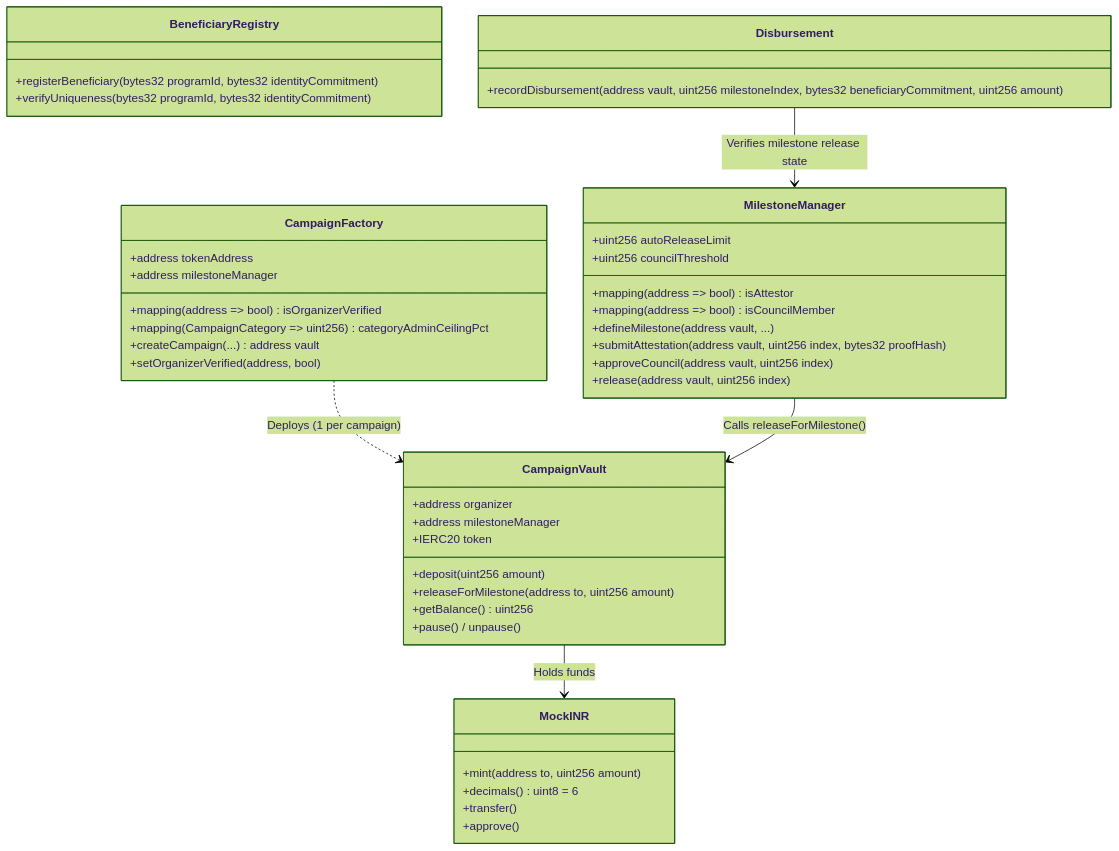
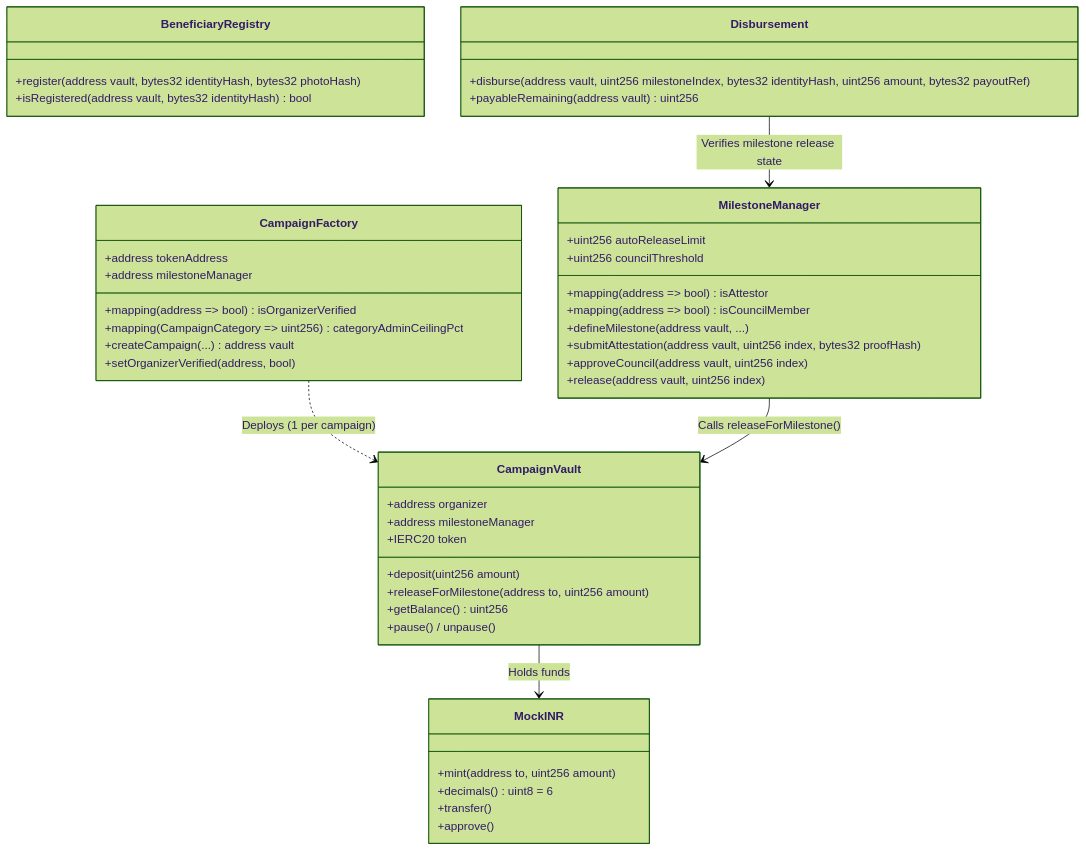
Before and after one commit to Macbeth1501/VERA-Verified-Excrow-Releif-Architecture: the second of 5 diagrams in docs/Technical_Details.md, drawn with Mermaid (forest theme). The commit also changed other lines of this file and 22 other files, not shown here.

First line of the commit message:
docs: deploy Disbursement to Amoy, verify escrow lifecycle live, record decisions

````diff
--- a/docs/Technical_Details.md
+++ b/docs/Technical_Details.md
@@ -82,53 +82,54 @@
 ```mermaid
 classDiagram
     class MockINR {
         +mint(address to, uint256 amount)
         +decimals() uint8 = 6
         +transfer()
         +approve()
     }
 
     class CampaignFactory {
         +address tokenAddress
         +address milestoneManager
         +mapping(address => bool) isOrganizerVerified
         +mapping(CampaignCategory => uint256) categoryAdminCeilingPct
         +createCampaign(...) address vault
         +setOrganizerVerified(address, bool)
     }
 
     class CampaignVault {
         +address organizer
         +address milestoneManager
         +IERC20 token
         +deposit(uint256 amount)
         +releaseForMilestone(address to, uint256 amount)
         +getBalance() uint256
         +pause() / unpause()
     }
 
     class MilestoneManager {
         +uint256 autoReleaseLimit
         +uint256 councilThreshold
         +mapping(address => bool) isAttestor
         +mapping(address => bool) isCouncilMember
         +defineMilestone(address vault, ...)
         +submitAttestation(address vault, uint256 index, bytes32 proofHash)
         +approveCouncil(address vault, uint256 index)
         +release(address vault, uint256 index)
     }
 
     class BeneficiaryRegistry {
-        +registerBeneficiary(bytes32 programId, bytes32 identityCommitment)
-        +verifyUniqueness(bytes32 programId, bytes32 identityCommitment)
+        +register(address vault, bytes32 identityHash, bytes32 photoHash)
+        +isRegistered(address vault, bytes32 identityHash) bool
     }
 
     class Disbursement {
-        +recordDisbursement(address vault, uint256 milestoneIndex, bytes32 beneficiaryCommitment, uint256 amount)
+        +disburse(address vault, uint256 milestoneIndex, bytes32 identityHash, uint256 amount, bytes32 payoutRef)
+        +payableRemaining(address vault) uint256
     }
 
     CampaignFactory ..> CampaignVault : Deploys (1 per campaign)
     CampaignVault --> MockINR : Holds funds
     MilestoneManager --> CampaignVault : Calls releaseForMilestone()
     Disbursement --> MilestoneManager : Verifies milestone release state
 ```
````
